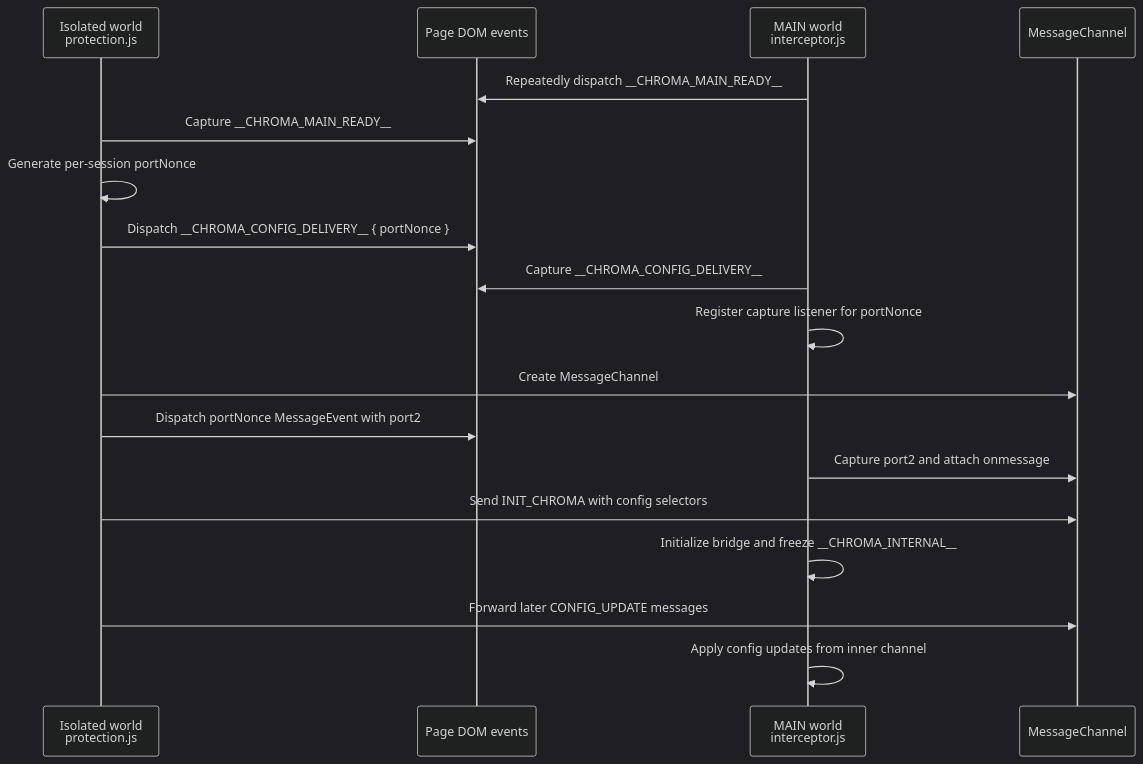
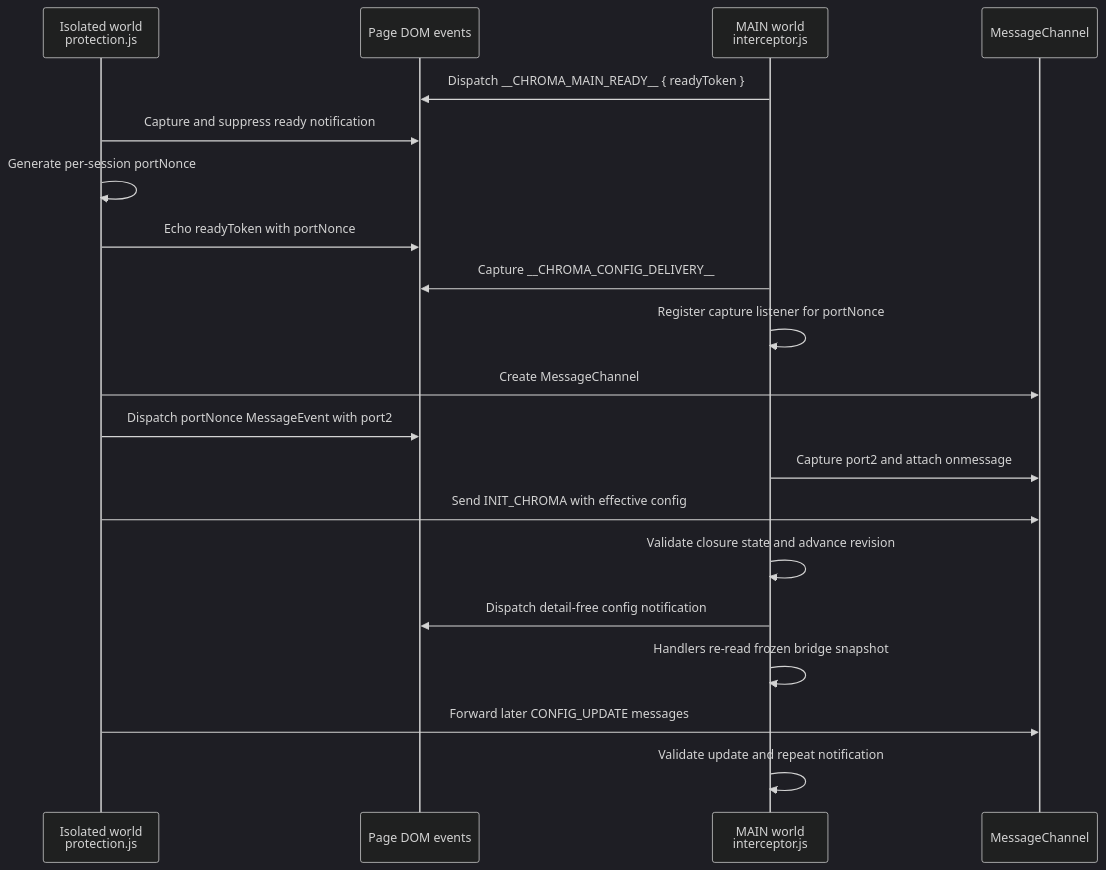
The diagram in docs/SECURITY.md (Dabrogost/Chroma-Ad-Blocker), drawn with Mermaid (dark theme) before and after one commit. The commit also changed other lines of this file and 18 other files, not shown here.

````diff
--- a/docs/SECURITY.md
+++ b/docs/SECURITY.md
@@ -63,21 +78,23 @@
 ```mermaid
 sequenceDiagram
   participant ISO as Isolated world<br/>protection.js
   participant DOM as Page DOM events
   participant MAIN as MAIN world<br/>interceptor.js
   participant PORT as MessageChannel
 
-  MAIN->>DOM: Repeatedly dispatch __CHROMA_MAIN_READY__
-  ISO->>DOM: Capture __CHROMA_MAIN_READY__
+  MAIN->>DOM: Dispatch __CHROMA_MAIN_READY__ { readyToken }
+  ISO->>DOM: Capture and suppress ready notification
   ISO->>ISO: Generate per-session portNonce
-  ISO->>DOM: Dispatch __CHROMA_CONFIG_DELIVERY__ { portNonce }
+  ISO->>DOM: Echo readyToken with portNonce
   MAIN->>DOM: Capture __CHROMA_CONFIG_DELIVERY__
   MAIN->>MAIN: Register capture listener for portNonce
   ISO->>PORT: Create MessageChannel
   ISO->>DOM: Dispatch portNonce MessageEvent with port2
   MAIN->>PORT: Capture port2 and attach onmessage
-  ISO->>PORT: Send INIT_CHROMA with config selectors
-  MAIN->>MAIN: Initialize bridge and freeze __CHROMA_INTERNAL__
+  ISO->>PORT: Send INIT_CHROMA with effective config
+  MAIN->>MAIN: Validate closure state and advance revision
+  MAIN->>DOM: Dispatch detail-free config notification
+  MAIN->>MAIN: Handlers re-read frozen bridge snapshot
   ISO->>PORT: Forward later CONFIG_UPDATE messages
-  MAIN->>MAIN: Apply config updates from inner channel
+  MAIN->>MAIN: Validate update and repeat notification
 ```
````
